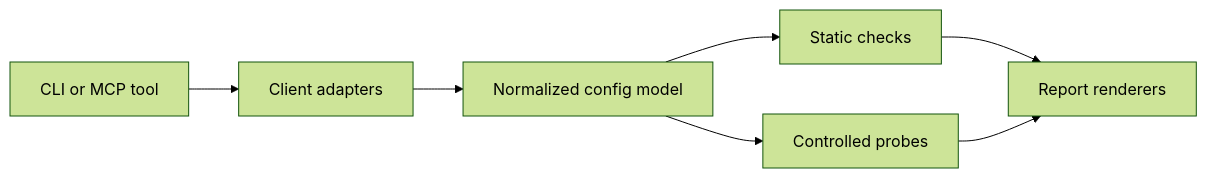
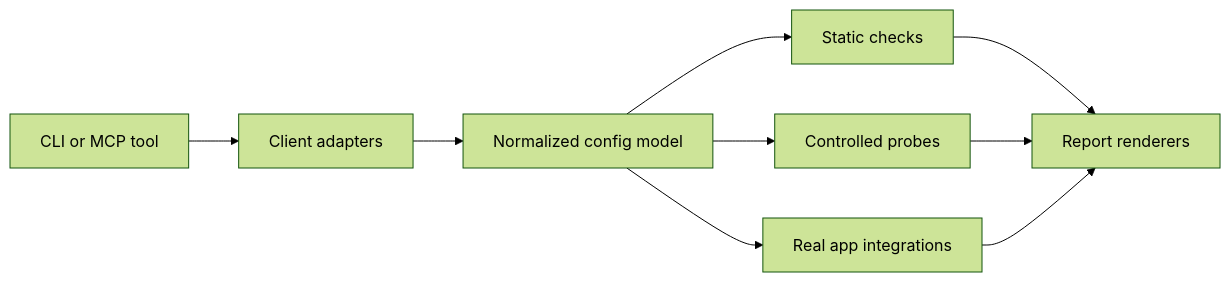
Before and after one commit to fenil210/mcp-doctor: the diagram in docs/architecture.md, drawn with Mermaid (forest theme). The commit also changed other lines of this file and 8 other files, not shown here.

Commit message:
feat: add real app integration harness

````diff
--- a/docs/architecture.md
+++ b/docs/architecture.md
@@ -7,9 +7,11 @@
 ```mermaid
 flowchart LR
     CLI["CLI or MCP tool"] --> Discovery["Client adapters"]
     Discovery --> Model["Normalized config model"]
     Model --> Checks["Static checks"]
     Model --> Probes["Controlled probes"]
+    Model --> Integrations["Real app integrations"]
     Checks --> Report["Report renderers"]
     Probes --> Report
+    Integrations --> Report
 ```
````
